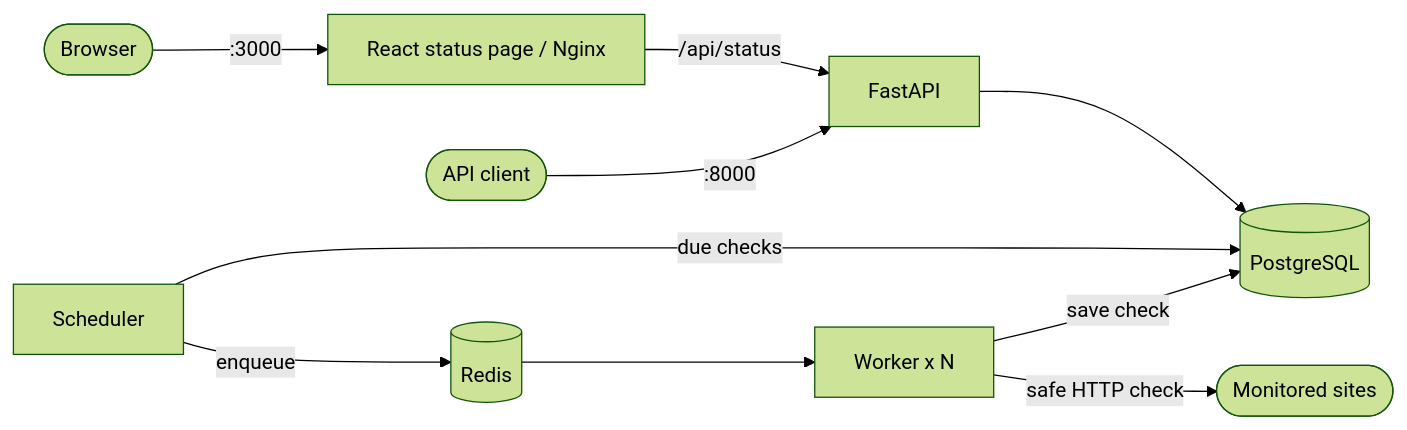
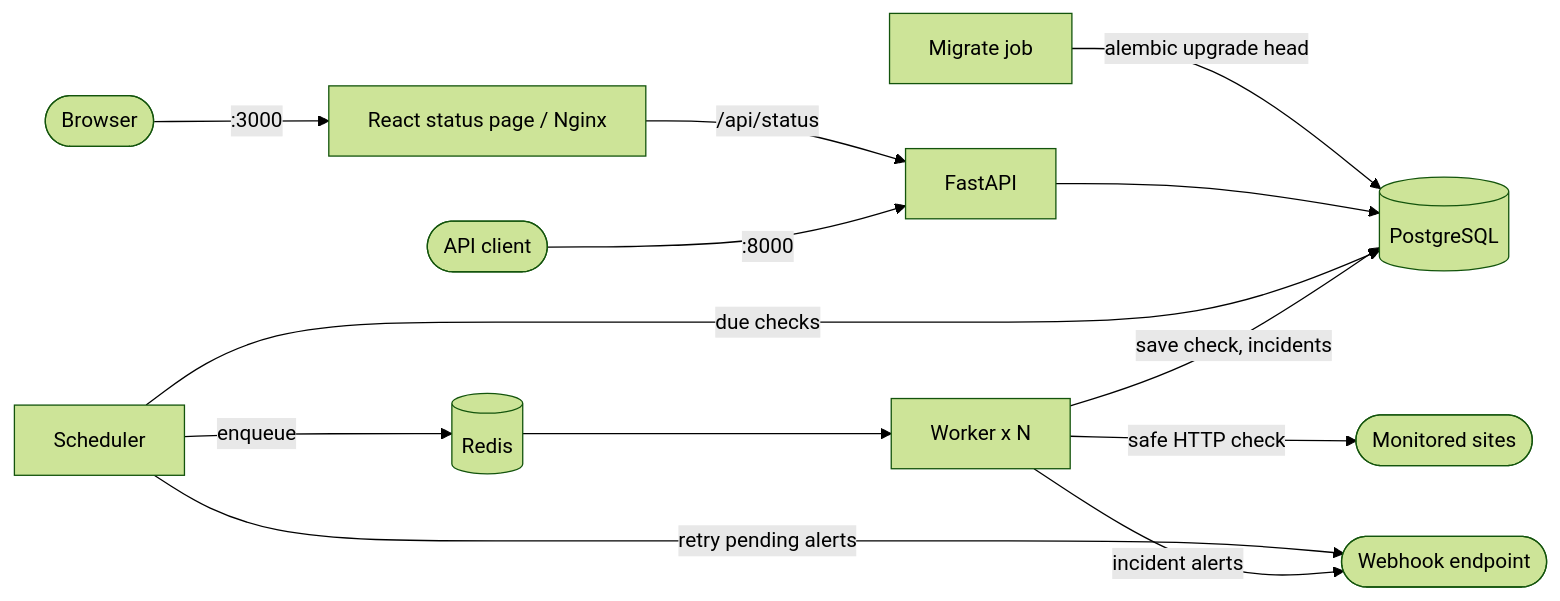
One commit to alvinl33-1/uptime-monitor changed the diagram in README.md. Above: the diagram before and after it, drawn with Mermaid (forest theme). The commit also changed other lines of this file and 3 other files, not shown here.

````diff
--- a/README.md
+++ b/README.md
@@ -20,12 +22,15 @@
 ```mermaid
 flowchart LR
     Browser([Browser]) -->|:3000| Frontend[React status page / Nginx]
     Frontend -->|/api/status| API[FastAPI]
     User([API client]) -->|:8000| API
+    Migrate[Migrate job] -->|alembic upgrade head| DB
     API --> DB[(PostgreSQL)]
     Scheduler[Scheduler] -->|due checks| DB
     Scheduler -->|enqueue| Redis[(Redis)]
+    Scheduler -->|retry pending alerts| Webhook([Webhook endpoint])
     Redis --> Worker[Worker x N]
     Worker -->|safe HTTP check| Sites([Monitored sites])
-    Worker -->|save check| DB
+    Worker -->|save check, incidents| DB
+    Worker -->|incident alerts| Webhook
 ```
````
